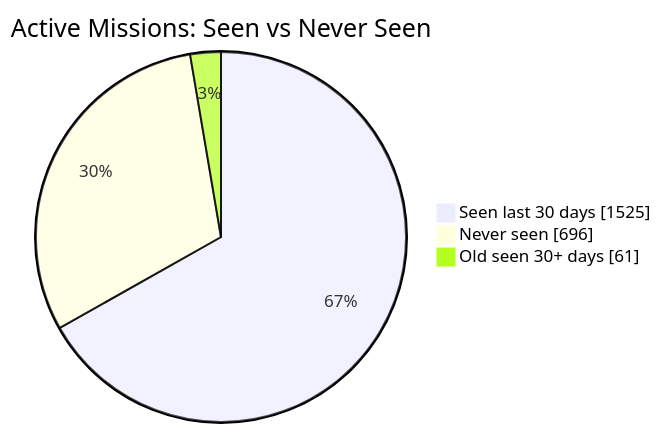
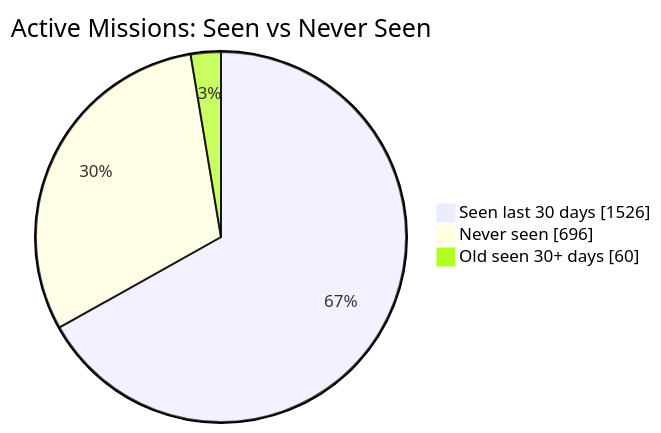
The first of 2 diagrams in README.md (MeldkamerspelGameTeam/active-missions), drawn with Mermaid before and after one commit. The commit also changed other lines of this file and 2 other files, not shown here.

````diff
--- a/README.md
+++ b/README.md
@@ -34,7 +34,7 @@
 ```mermaid
 pie showData
     title Active Missions: Seen vs Never Seen
-    "Seen last 30 days" : 1525
+    "Seen last 30 days" : 1526
     "Never seen" : 696
-    "Old seen 30+ days" : 61
+    "Old seen 30+ days" : 60
 ```
````
